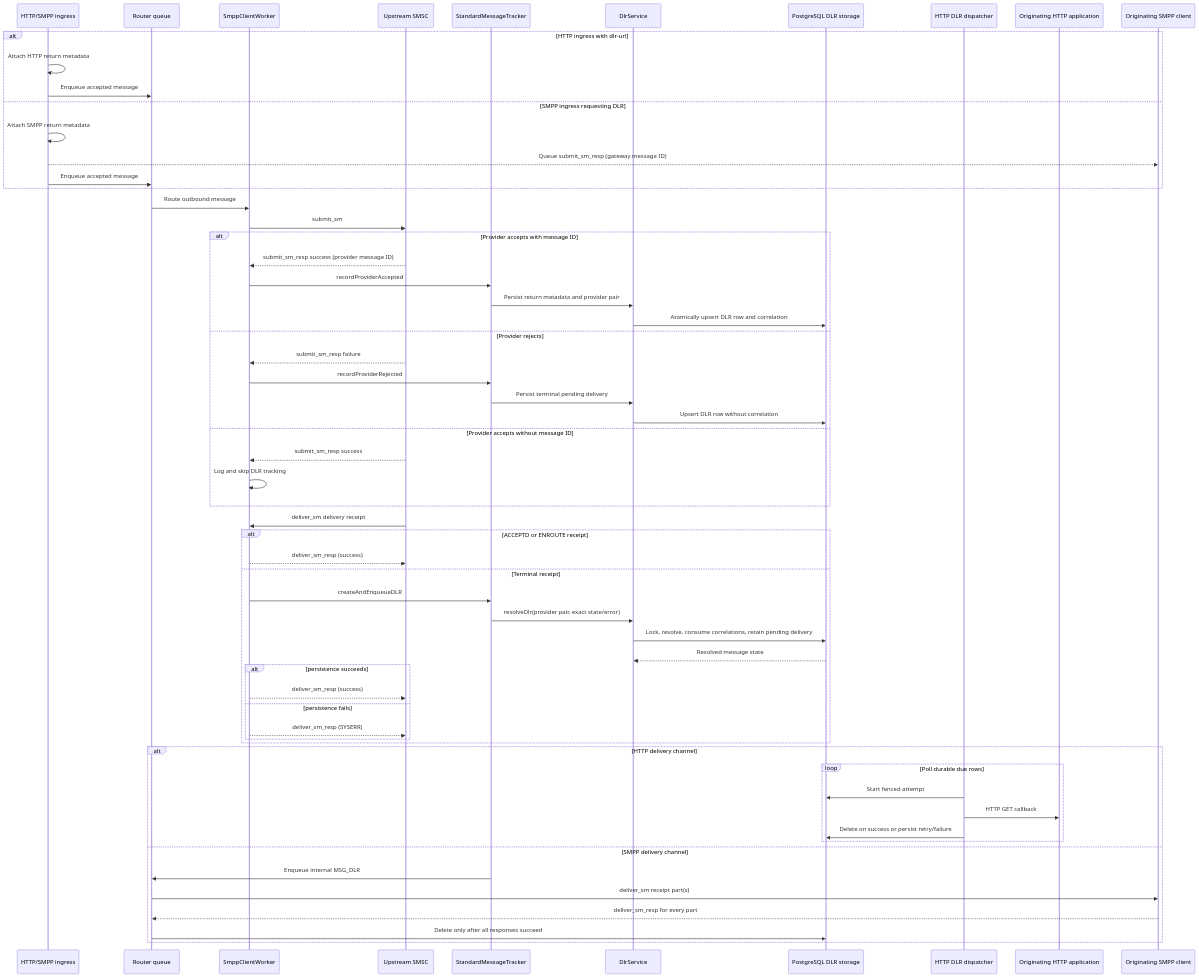
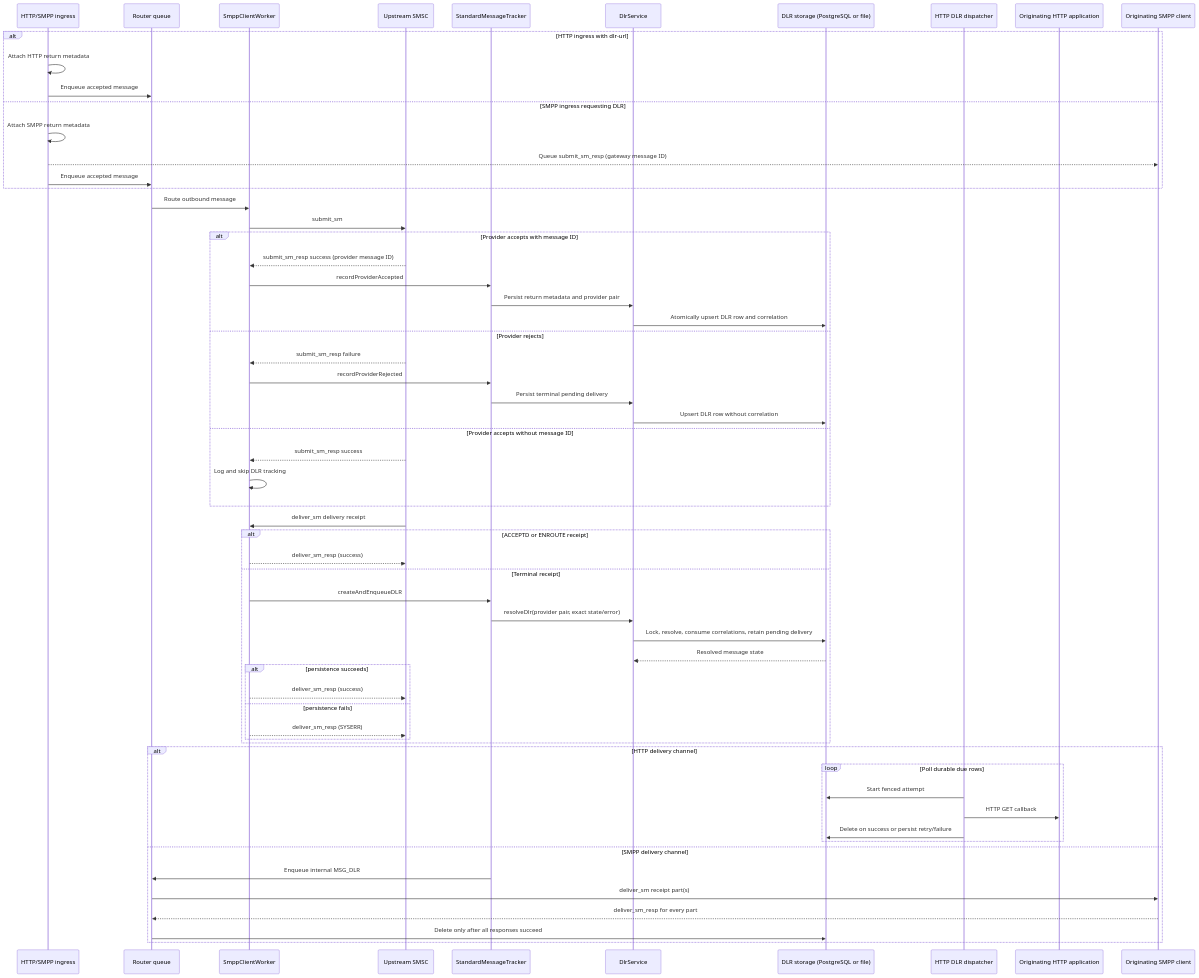
The fifth of 6 diagrams in docs/01-architecture.md (cytechmobile/sendium), drawn with Mermaid before and after one commit. The commit also changed other lines of this file and 50 other files, not shown here.

First line of the commit message:
feat(dlr): Add opt-in SQLite-backed DLR storage for delivery receipts (#411)

````diff
--- a/docs/01-architecture.md
+++ b/docs/01-architecture.md
@@ -151,66 +151,66 @@
 ```mermaid
 sequenceDiagram
     participant Ingress as HTTP/SMPP ingress
     participant Router as Router queue
     participant Worker as SmppClientWorker
     participant SMSC as Upstream SMSC
     participant Tracker as StandardMessageTracker
     participant Service as DlrService
-    participant Database as PostgreSQL DLR storage
+    participant Database as DLR storage (PostgreSQL or file)
     participant HTTP as HTTP DLR dispatcher
     participant App as Originating HTTP application
     participant SMPPApp as Originating SMPP client
 
     alt HTTP ingress with dlr-url
         Ingress->>Ingress: Attach HTTP return metadata
         Ingress->>Router: Enqueue accepted message
     else SMPP ingress requesting DLR
         Ingress->>Ingress: Attach SMPP return metadata
         Ingress-->>SMPPApp: Queue submit_sm_resp (gateway message ID)
         Ingress->>Router: Enqueue accepted message
     end
     Router->>Worker: Route outbound message
     Worker->>SMSC: submit_sm
     alt Provider accepts with message ID
         SMSC-->>Worker: submit_sm_resp success (provider message ID)
         Worker->>Tracker: recordProviderAccepted
         Tracker->>Service: Persist return metadata and provider pair
         Service->>Database: Atomically upsert DLR row and correlation
     else Provider rejects
         SMSC-->>Worker: submit_sm_resp failure
         Worker->>Tracker: recordProviderRejected
         Tracker->>Service: Persist terminal pending delivery
         Service->>Database: Upsert DLR row without correlation
     else Provider accepts without message ID
         SMSC-->>Worker: submit_sm_resp success
         Worker->>Worker: Log and skip DLR tracking
     end
 
     SMSC->>Worker: deliver_sm delivery receipt
     alt ACCEPTD or ENROUTE receipt
         Worker-->>SMSC: deliver_sm_resp (success)
     else Terminal receipt
         Worker->>Tracker: createAndEnqueueDLR
         Tracker->>Service: resolveDlr(provider pair, exact state/error)
         Service->>Database: Lock, resolve, consume correlations, retain pending delivery
         Database-->>Service: Resolved message state
         alt persistence succeeds
             Worker-->>SMSC: deliver_sm_resp (success)
         else persistence fails
             Worker-->>SMSC: deliver_sm_resp (SYSERR)
         end
     end
 
     alt HTTP delivery channel
         loop Poll durable due rows
             HTTP->>Database: Start fenced attempt
             HTTP->>App: HTTP GET callback
             HTTP->>Database: Delete on success or persist retry/failure
         end
     else SMPP delivery channel
         Tracker->>Router: Enqueue internal MSG_DLR
         Router->>SMPPApp: deliver_sm receipt part(s)
         SMPPApp-->>Router: deliver_sm_resp for every part
         Router->>Database: Delete only after all responses succeed
     end
 ```
````
